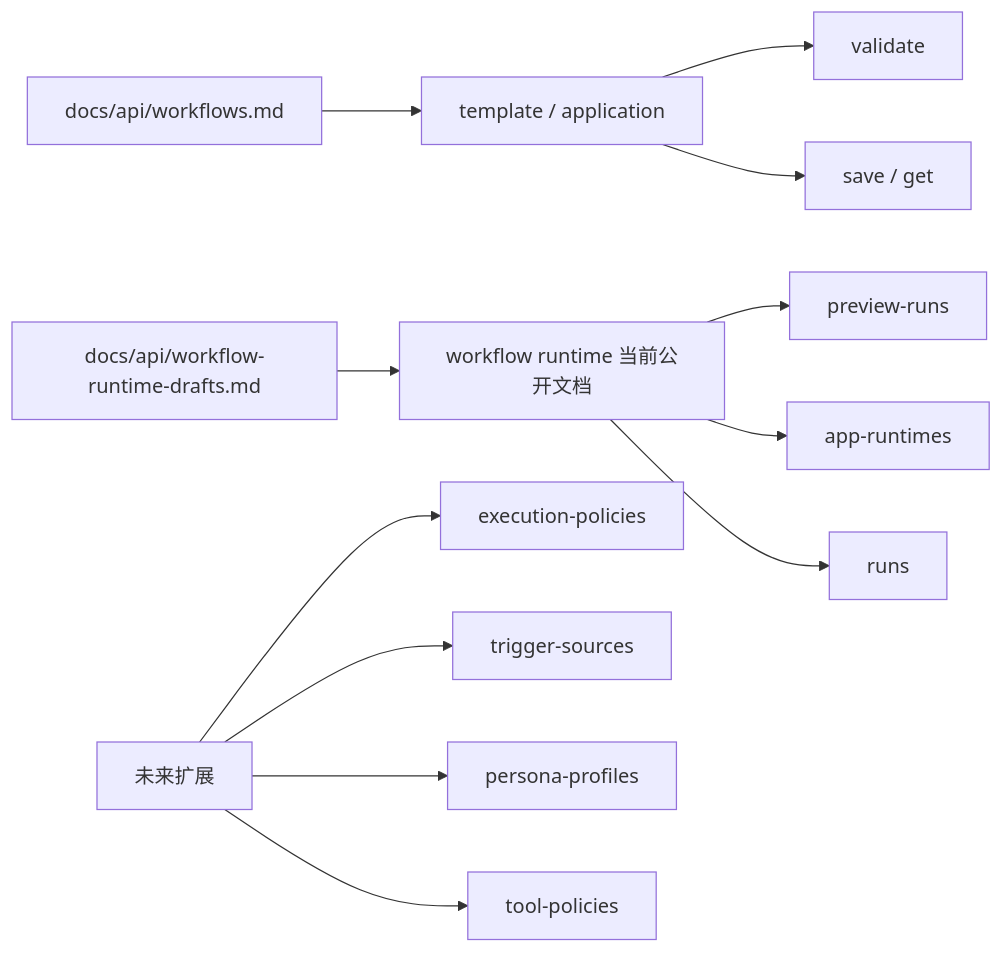
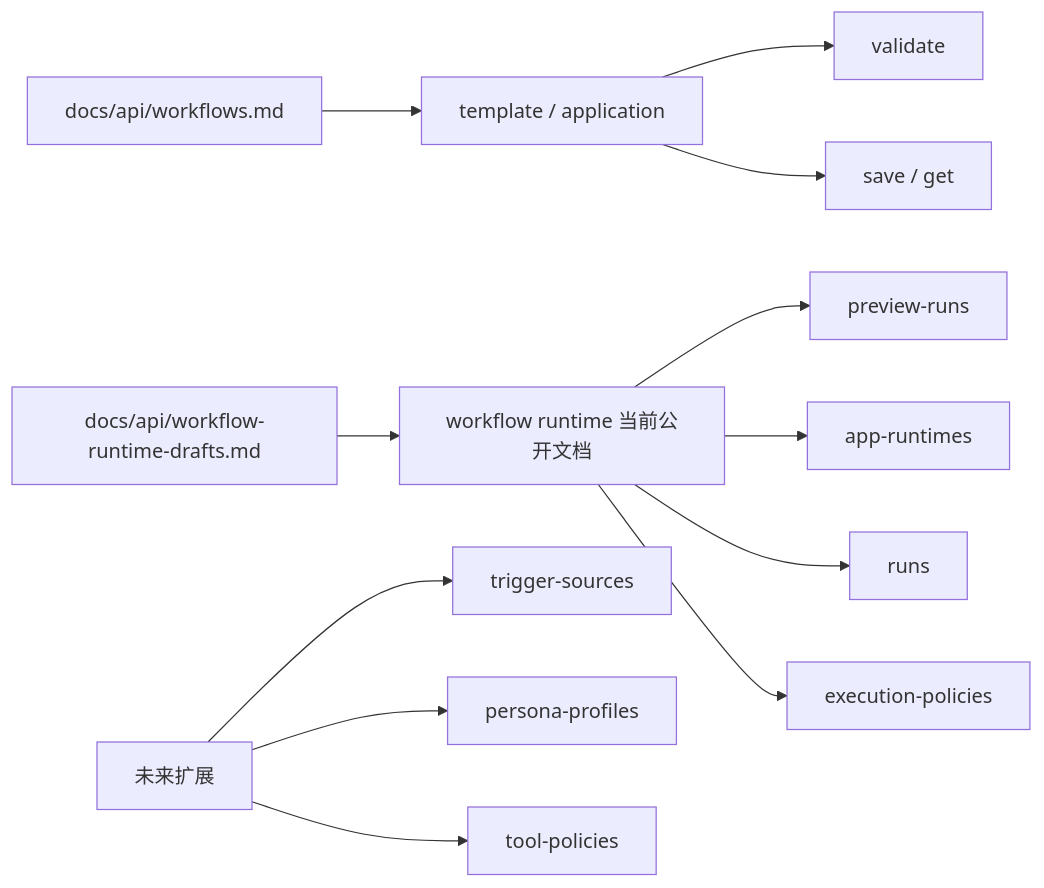
The diagram in docs/api/workflow-runtime-drafts.md (ammm56/amvision), drawn with Mermaid before and after one commit. The commit also changed other lines of this file and 26 other files, not shown here.

````diff
--- a/docs/api/workflow-runtime-drafts.md
+++ b/docs/api/workflow-runtime-drafts.md
@@ -19,16 +19,16 @@
 ```mermaid
 flowchart LR
 	A[docs/api/workflows.md] --> A1[template / application]
 	A1 --> A2[validate]
 	A1 --> A3[save / get]
 
 	B[docs/api/workflow-runtime-drafts.md] --> B1[workflow runtime 当前公开文档]
 	B1 --> B2[preview-runs]
 	B1 --> B3[app-runtimes]
 	B1 --> B4[runs]
 
-	C[未来扩展] --> C1[execution-policies]
-	C --> C4[trigger-sources]
+	B1 --> B5[execution-policies]
+	C[未来扩展] --> C4[trigger-sources]
 	C --> C2[persona-profiles]
 	C --> C3[tool-policies]
 ```
````
